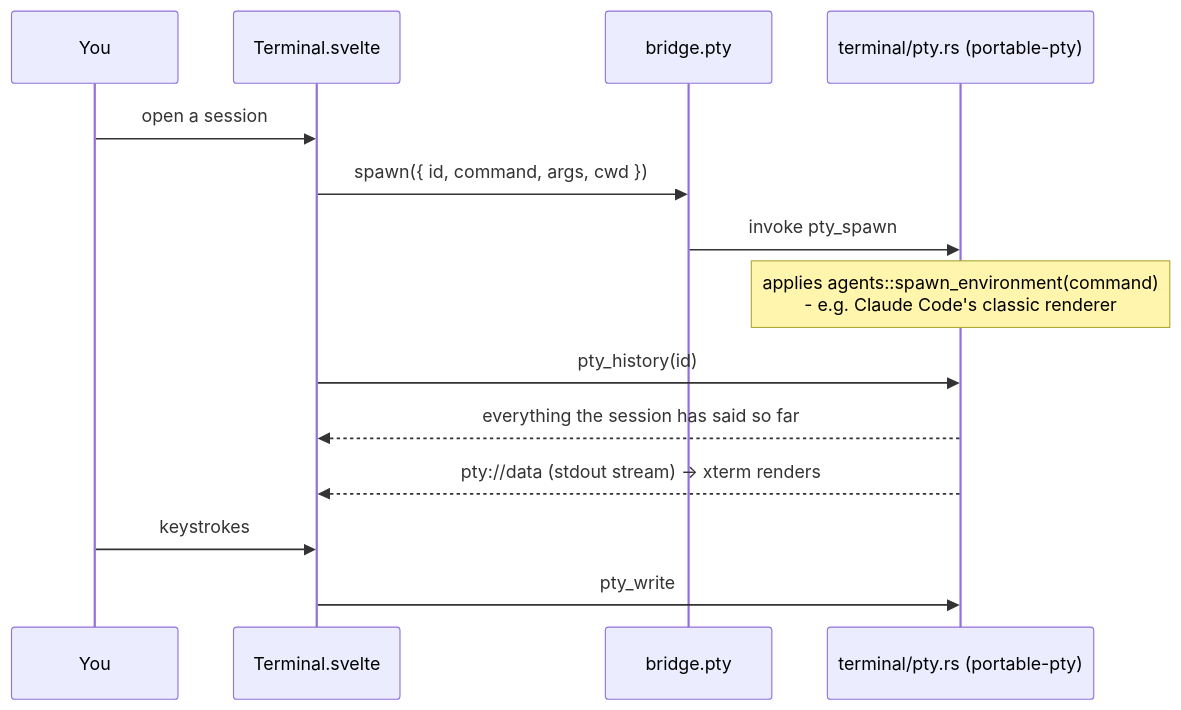
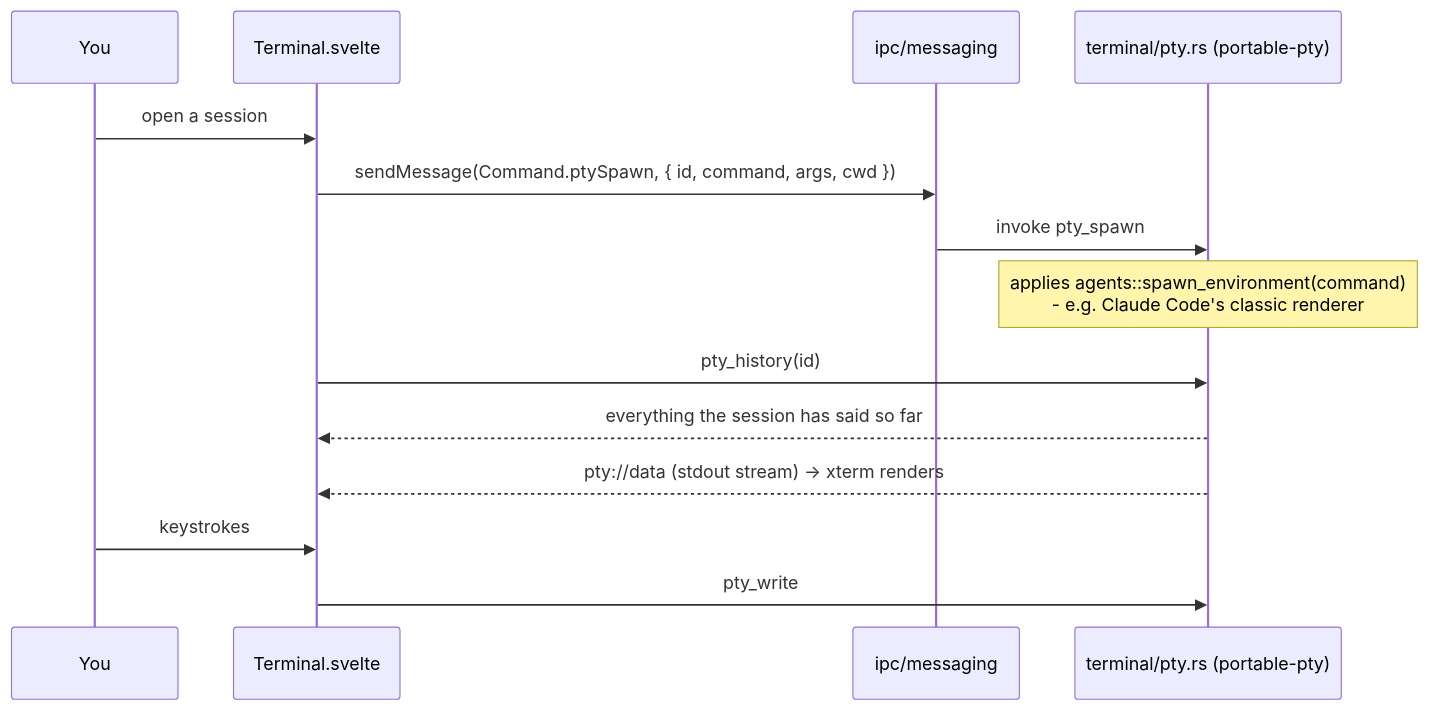
Before and after one commit to avi12/pade: the fifth of 10 diagrams in ARCHITECTURE.md, drawn with Mermaid. The commit also changed other lines of this file and 7 other files, not shown here.

First line of the commit message:
refactor(ipc): retire bridge.ts and document the messaging layer

````diff
--- a/ARCHITECTURE.md
+++ b/ARCHITECTURE.md
@@ -140,16 +172,16 @@
 ```mermaid
 sequenceDiagram
   participant You
   participant T as Terminal.svelte
-  participant B as bridge.pty
+  participant B as ipc/messaging
   participant R as terminal/pty.rs (portable-pty)
   You->>T: open a session
-  T->>B: spawn({ id, command, args, cwd })
+  T->>B: sendMessage(Command.ptySpawn, { id, command, args, cwd })
   B->>R: invoke pty_spawn
   Note over R: applies agents::spawn_environment(command)<br/>- e.g. Claude Code's classic renderer
   T->>R: pty_history(id)
   R-->>T: everything the session has said so far
   R-->>T: pty://data (stdout stream) → xterm renders
   You->>T: keystrokes
   T->>R: pty_write
 ```
````
